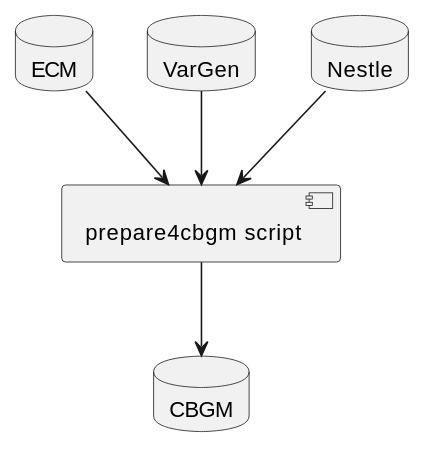
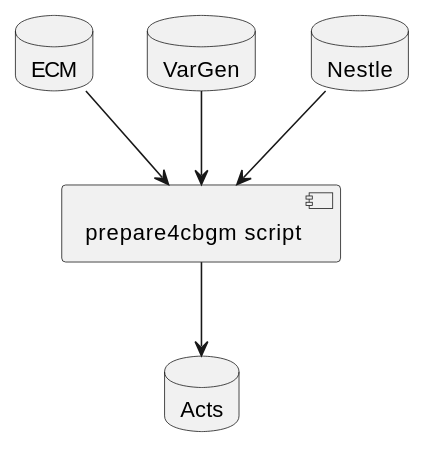
One commit to cceh/ntg changed the second of 2 diagrams in doc_src/intro.rst. Above: the diagram before and after it, drawn with PlantUML. The commit also changed other lines of this file and 77 other files, not shown here.

```diff
--- a/doc_src/intro.rst
+++ b/doc_src/intro.rst
@@ -39,14 +73,16 @@
 .. uml::
    :align: center
    :caption: Database Preparation
+
+   skinparam backgroundColor transparent
 
    database "ECM"    as dbsrc1
    database "VarGen" as dbsrc2
    database "Nestle" as dbsrc3
    component "prepare4cbgm script" as p4c
-   database "CBGM"   as db
+   database "Acts"   as db
 
    dbsrc1 --> p4c
    dbsrc2 --> p4c
    dbsrc3 --> p4c
    p4c --> db
```
